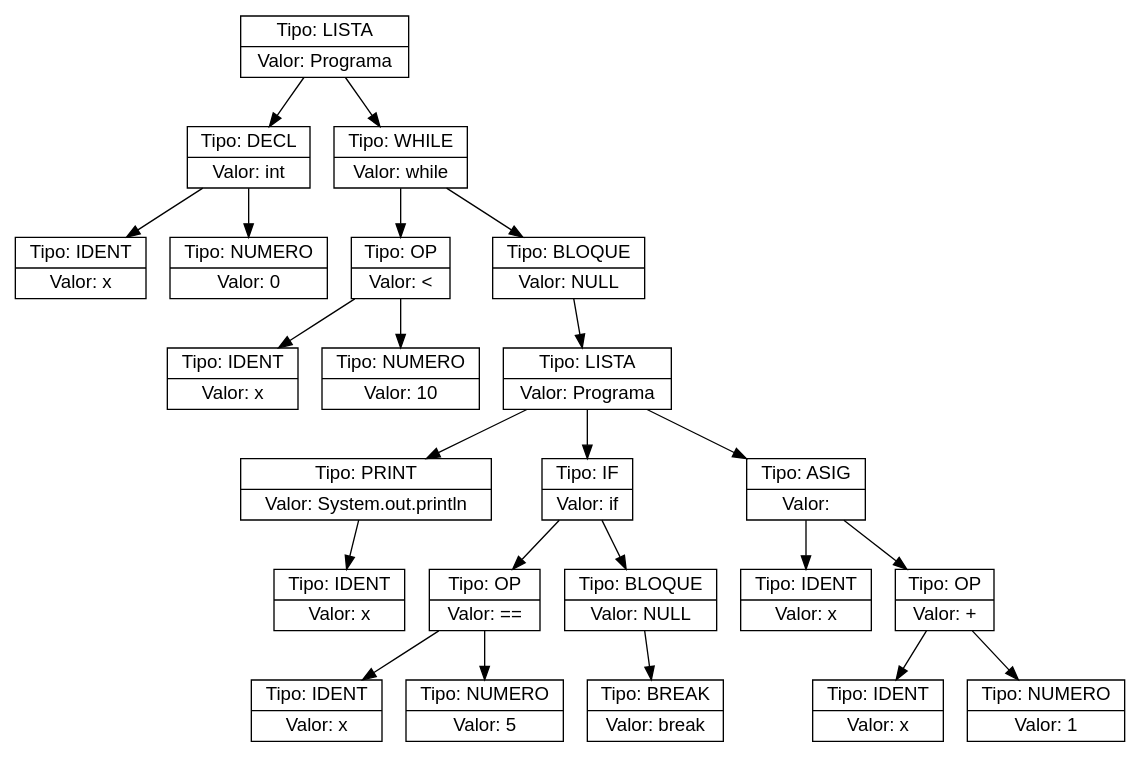
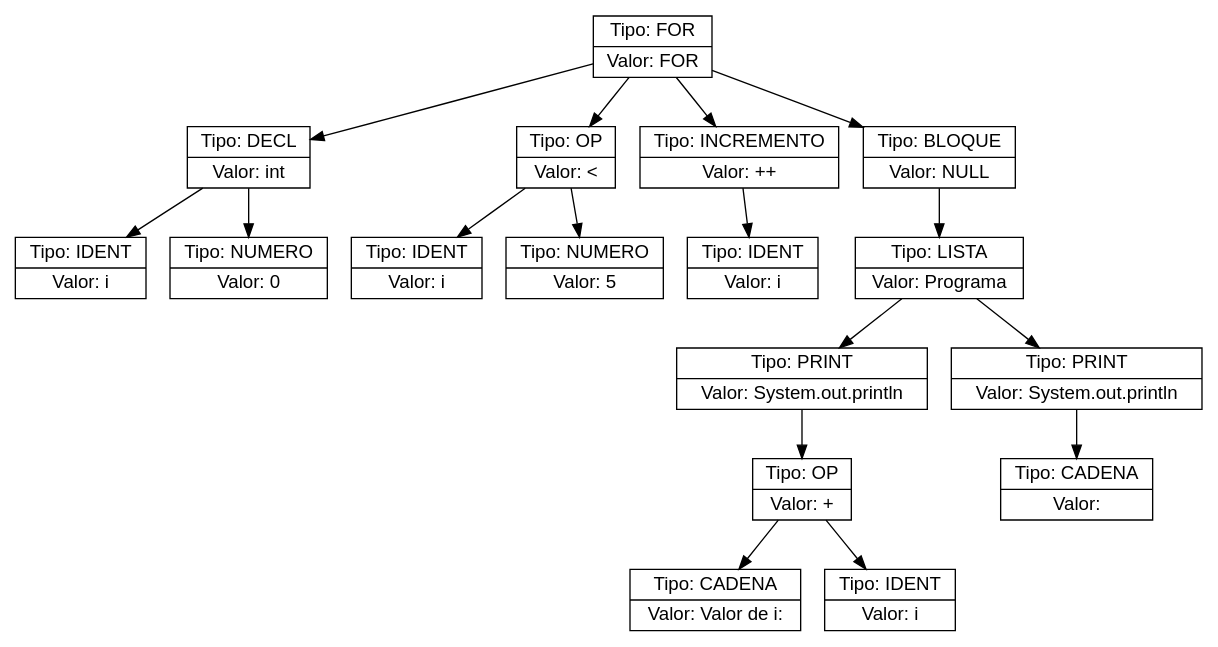
The diagram in ast.dot (Farot30/OLC2_2s2025_202307820), drawn with Graphviz before and after one commit. The commit also changed 27 other files, not shown here.

```diff
--- a/ast.dot
+++ b/ast.dot
@@ -1,48 +1,37 @@
 digraph AST {
   node [shape=record,fontname="Helvetica"];
-  n0x599555ebe1a0 [label="{Tipo: LISTA|Valor: Programa}"];
-  n0x599555ebe1a0 -> n0x599555d265a0;
-  n0x599555d265a0 [label="{Tipo: DECL|Valor: int}"];
-  n0x599555d265a0 -> n0x599555ec1ef0;
-  n0x599555ec1ef0 [label="{Tipo: IDENT|Valor: x}"];
-  n0x599555d265a0 -> n0x599555ce6910;
-  n0x599555ce6910 [label="{Tipo: NUMERO|Valor: 0}"];
-  n0x599555ebe1a0 -> n0x59955596ab80;
-  n0x59955596ab80 [label="{Tipo: WHILE|Valor: while}"];
-  n0x59955596ab80 -> n0x599555939ee0;
-  n0x599555939ee0 [label="{Tipo: OP|Valor: &lt;}"];
-  n0x599555939ee0 -> n0x599555f7a380;
-  n0x599555f7a380 [label="{Tipo: IDENT|Valor: x}"];
-  n0x599555939ee0 -> n0x599555cb44f0;
-  n0x599555cb44f0 [label="{Tipo: NUMERO|Valor: 10}"];
-  n0x59955596ab80 -> n0x599555cbe1d0;
-  n0x599555cbe1d0 [label="{Tipo: BLOQUE|Valor: NULL}"];
-  n0x599555cbe1d0 -> n0x599555ce2ba0;
-  n0x599555ce2ba0 [label="{Tipo: LISTA|Valor: Programa}"];
-  n0x599555ce2ba0 -> n0x599555ec3d90;
-  n0x599555ec3d90 [label="{Tipo: PRINT|Valor: System.out.println}"];
-  n0x599555ec3d90 -> n0x599555b289b0;
-  n0x599555b289b0 [label="{Tipo: IDENT|Valor: x}"];
-  n0x599555ce2ba0 -> n0x599555ea0560;
-  n0x599555ea0560 [label="{Tipo: IF|Valor: if}"];
-  n0x599555ea0560 -> n0x599555e89580;
-  n0x599555e89580 [label="{Tipo: OP|Valor: ==}"];
-  n0x599555e89580 -> n0x599555b436c0;
-  n0x599555b436c0 [label="{Tipo: IDENT|Valor: x}"];
-  n0x599555e89580 -> n0x599555e248d0;
-  n0x599555e248d0 [label="{Tipo: NUMERO|Valor: 5}"];
-  n0x599555ea0560 -> n0x599555c1edf0;
-  n0x599555c1edf0 [label="{Tipo: BLOQUE|Valor: NULL}"];
-  n0x599555c1edf0 -> n0x599555e8a400;
-  n0x599555e8a400 [label="{Tipo: BREAK|Valor: break}"];
-  n0x599555ce2ba0 -> n0x599555abad20;
-  n0x599555abad20 [label="{Tipo: ASIG|Valor: }"];
-  n0x599555abad20 -> n0x599555ce65a0;
-  n0x599555ce65a0 [label="{Tipo: IDENT|Valor: x}"];
-  n0x599555abad20 -> n0x599555e873b0;
-  n0x599555e873b0 [label="{Tipo: OP|Valor: +}"];
-  n0x599555e873b0 -> n0x599555b43090;
-  n0x599555b43090 [label="{Tipo: IDENT|Valor: x}"];
-  n0x599555e873b0 -> n0x599555e9e200;
-  n0x599555e9e200 [label="{Tipo: NUMERO|Valor: 1}"];
+  n0x572cb30912b0 [label="{Tipo: FOR|Valor: FOR}"];
+  n0x572cb30912b0 -> n0x572cb2fa6190;
+  n0x572cb2fa6190 [label="{Tipo: DECL|Valor: int}"];
+  n0x572cb2fa6190 -> n0x572cb2e93800;
+  n0x572cb2e93800 [label="{Tipo: IDENT|Valor: i}"];
+  n0x572cb2fa6190 -> n0x572cb2d7b760;
+  n0x572cb2d7b760 [label="{Tipo: NUMERO|Valor: 0}"];
+  n0x572cb30912b0 -> n0x572cb2be2240;
+  n0x572cb2be2240 [label="{Tipo: OP|Valor: &lt;}"];
+  n0x572cb2be2240 -> n0x572cb2def170;
+  n0x572cb2def170 [label="{Tipo: IDENT|Valor: i}"];
+  n0x572cb2be2240 -> n0x572cb3051f50;
+  n0x572cb3051f50 [label="{Tipo: NUMERO|Valor: 5}"];
+  n0x572cb30912b0 -> n0x572cb2dd7120;
+  n0x572cb2dd7120 [label="{Tipo: INCREMENTO|Valor: ++}"];
+  n0x572cb2dd7120 -> n0x572cb2f31450;
+  n0x572cb2f31450 [label="{Tipo: IDENT|Valor: i}"];
+  n0x572cb30912b0 -> n0x572cb2f91830;
+  n0x572cb2f91830 [label="{Tipo: BLOQUE|Valor: NULL}"];
+  n0x572cb2f91830 -> n0x572cb3094de0;
+  n0x572cb3094de0 [label="{Tipo: LISTA|Valor: Programa}"];
+  n0x572cb3094de0 -> n0x572cb2fa8460;
+  n0x572cb2fa8460 [label="{Tipo: PRINT|Valor: System.out.println}"];
+  n0x572cb2fa8460 -> n0x572cb30a0a00;
+  n0x572cb30a0a00 [label="{Tipo: OP|Valor: +}"];
+  n0x572cb30a0a00 -> n0x572cb2f2ce60;
+  n0x572cb2f2ce60 [label="{Tipo: CADENA|Valor: Valor de i: }"];
+  n0x572cb30a0a00 -> n0x572cb2b67480;
+  n0x572cb2b67480 [label="{Tipo: IDENT|Valor: i}"];
+  n0x572cb3094de0 -> n0x572cb2e966c0;
+  n0x572cb2e966c0 [label="{Tipo: PRINT|Valor: System.out.println}"];
+  n0x572cb2e966c0 -> n0x572cb2d756b0;
+  n0x572cb2d756b0 [label="{Tipo: CADENA|Valor: 
+}"];
 }
```
